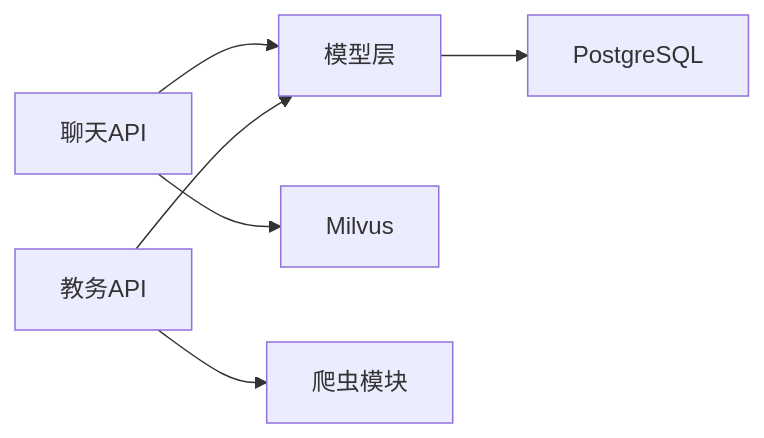
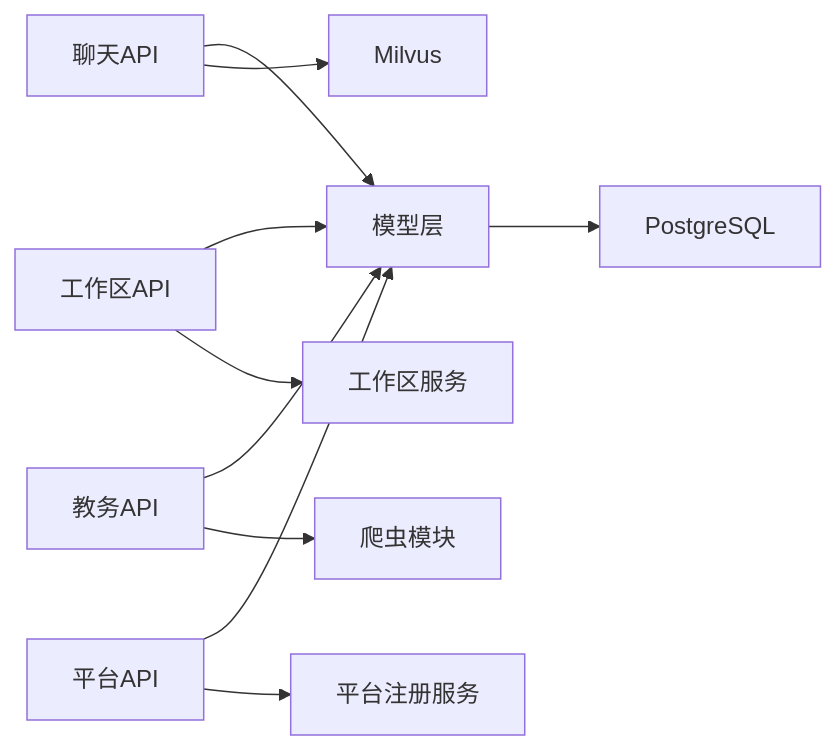
One commit to ghbbn053-ship-itsoulddog/soulddog changed the sixth of 6 diagrams in .qoder/repowiki/zh/content/数据模型设计/数据模型设计.md. Above: the diagram before and after it, drawn with Mermaid. The commit also changed other lines of this file and 119 other files, not shown here.

Commit message:
feat(platform): prepare mvp workspace test closure

````diff
--- a/.qoder/repowiki/zh/content/数据模型设计/数据模型设计.md
+++ b/.qoder/repowiki/zh/content/数据模型设计/数据模型设计.md
@@ -286,8 +630,12 @@
 ```mermaid
 graph LR
 ChatAPI["聊天API"] --> Models["模型层"]
 EduAPI["教务API"] --> Models
+WorkspaceAPI["工作区API"] --> Models
+PlatformAPI["平台API"] --> Models
 Models --> PG["PostgreSQL"]
 ChatAPI --> VDB["Milvus"]
+WorkspaceAPI --> WS["工作区服务"]
+PlatformAPI --> PR["平台注册服务"]
 EduAPI --> Scraper["爬虫模块"]
 ```
````
